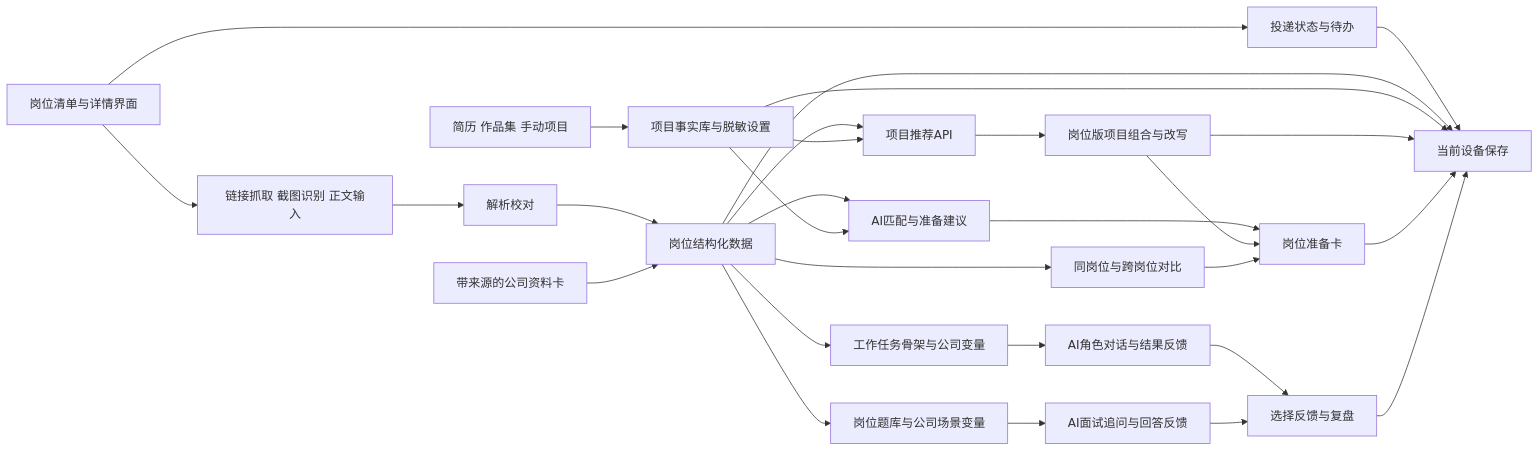
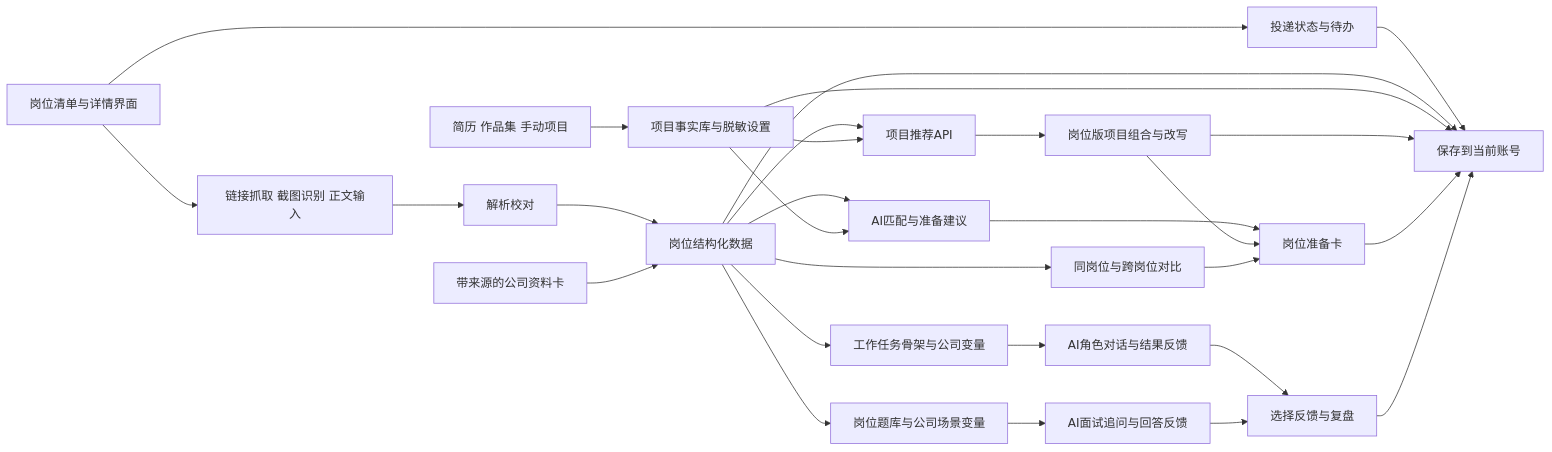
Before and after one commit to Eunomio/JDtool: the diagram in PRD-岗位探索与求职准备助手.md, drawn with Mermaid. The commit also changed other lines of this file and 48 other files, not shown here.

````diff
--- a/PRD-岗位探索与求职准备助手.md
+++ b/PRD-岗位探索与求职准备助手.md
@@ -138,30 +144,30 @@
 ```mermaid
 flowchart LR
     U[岗位清单与详情界面] --> I[链接抓取 截图识别 正文输入]
     I --> V[解析校对]
     V --> S[岗位结构化数据]
     C[带来源的公司资料卡] --> S
     B[简历 作品集 手动项目] --> K[项目事实库与脱敏设置]
     U --> T[投递状态与待办]
     S --> A[AI匹配与准备建议]
     K --> A
     S --> J[项目推荐API]
     K --> J
     J --> O[岗位版项目组合与改写]
     S --> D[同岗位与跨岗位对比]
     S --> G[工作任务骨架与公司变量]
     S --> Q[岗位题库与公司场景变量]
     G --> N[AI角色对话与结果反馈]
     Q --> M[AI面试追问与回答反馈]
     A --> R[岗位准备卡]
     O --> R
     D --> R
     N --> F[选择反馈与复盘]
     M --> F
-    T --> P[当前设备保存]
+    T --> P[保存到当前账号]
     S --> P
     K --> P
     O --> P
     R --> P
     F --> P
 ```
````
